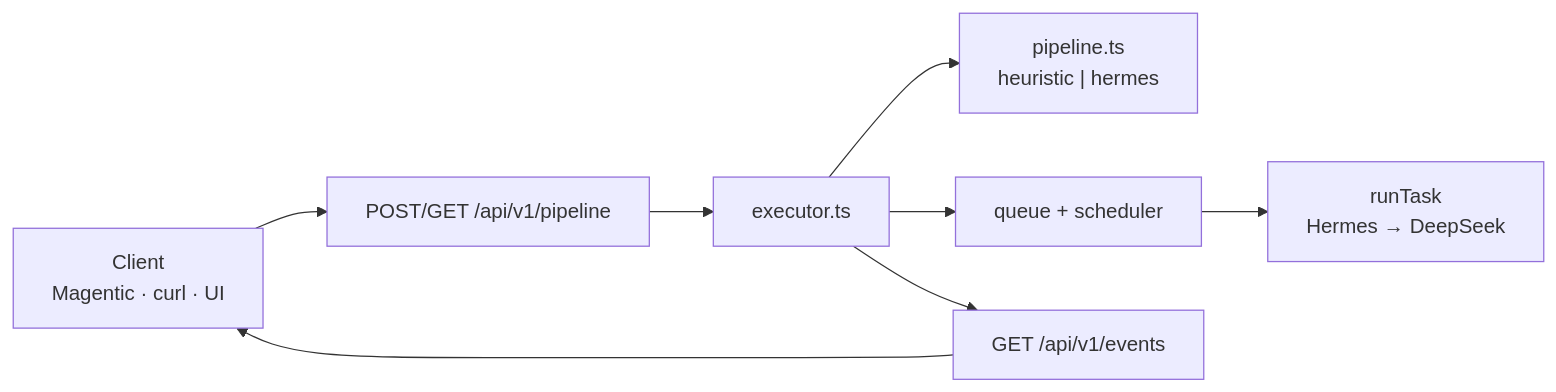
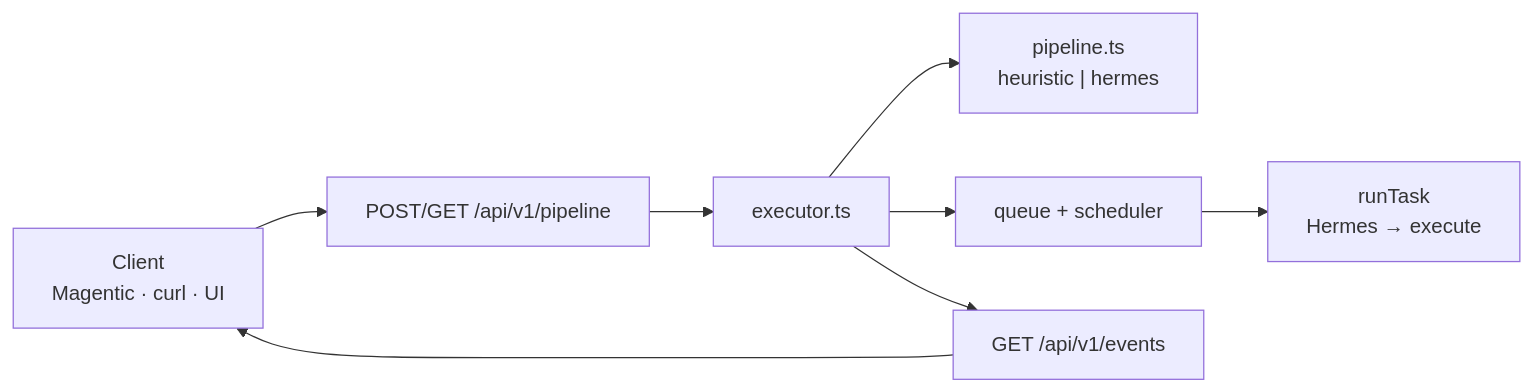
Before and after one commit to amirsdream/ropex: the diagram in docs/executor-api.md, drawn with Mermaid. The commit also changed 6 other files, not shown here.

First line of the commit message:
docs: describe the pluggable execute stage across architecture docs

````diff
--- a/docs/executor-api.md
+++ b/docs/executor-api.md
@@ -9,15 +9,15 @@
 ```mermaid
 flowchart LR
   CLIENT["Client\nMagentic · curl · UI"]
   API["POST/GET /api/v1/pipeline"]
   EXEC["executor.ts"]
   PLAN["pipeline.ts\nheuristic | hermes"]
   Q["queue + scheduler"]
-  RT["runTask\nHermes → DeepSeek"]
+  RT["runTask\nHermes → execute"]
 
   CLIENT --> API --> EXEC
   EXEC --> PLAN
   EXEC --> Q --> RT
   EXEC --> SSE["GET /api/v1/events"]
   SSE --> CLIENT
 ```
````
